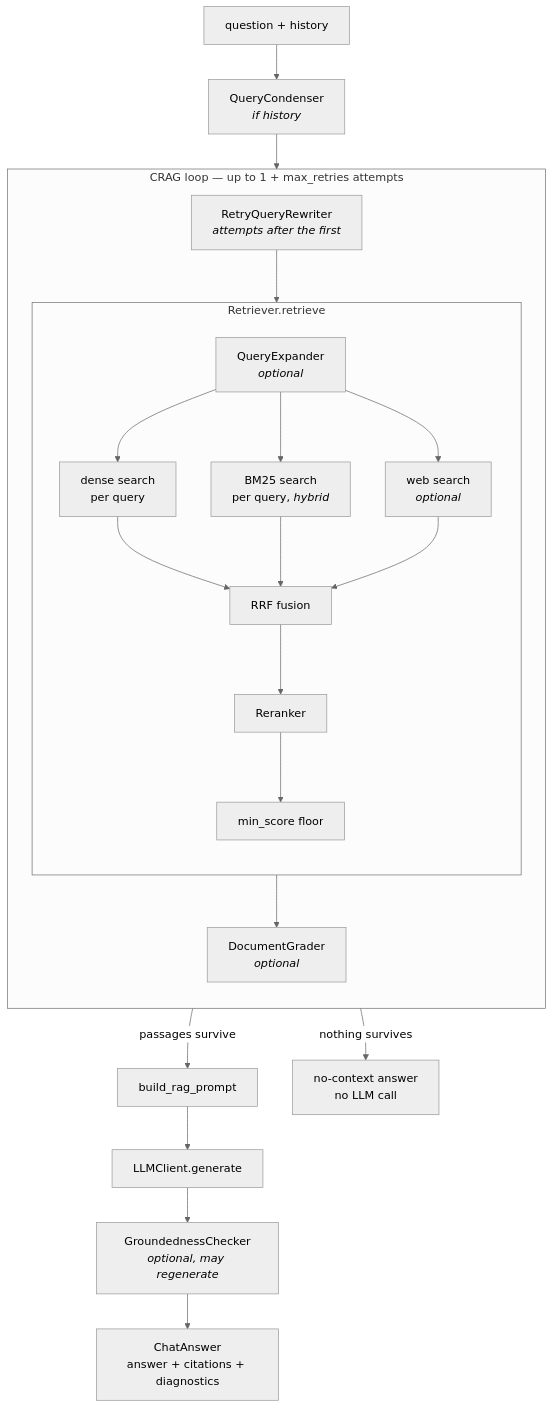
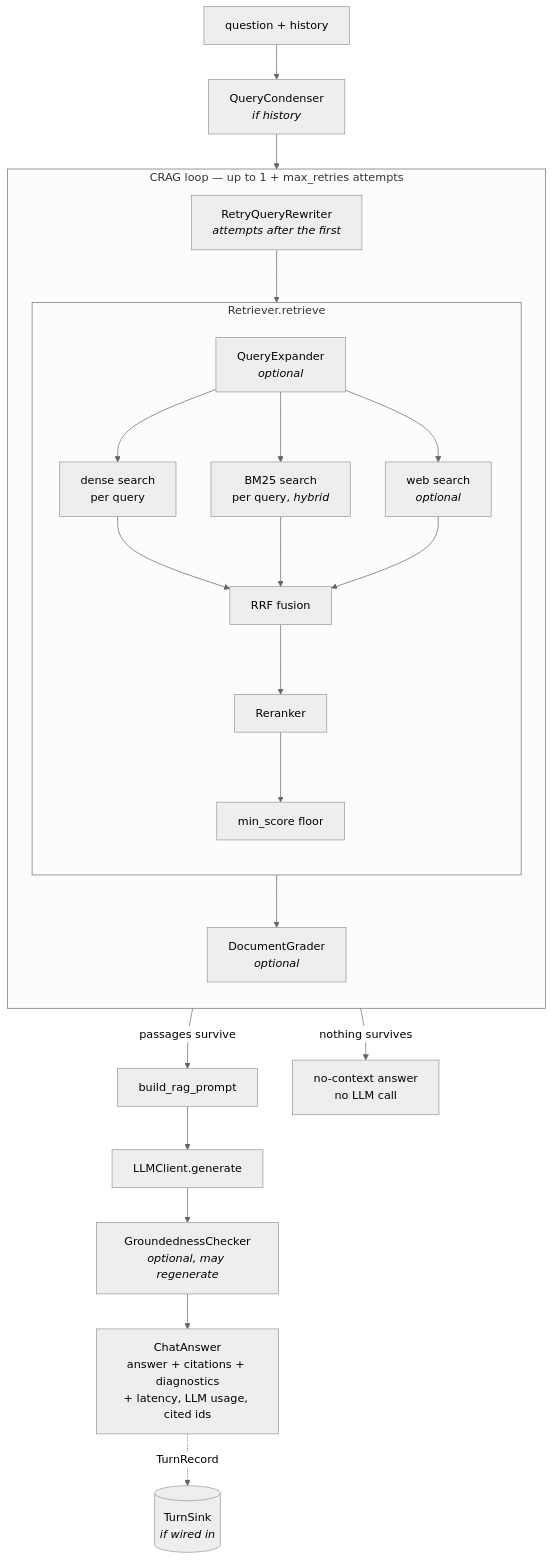
Before and after one commit to bwu1234/rag-toolkit: the second of 2 diagrams in docs/architecture.md, drawn with Mermaid (neutral theme). The commit also changed other lines of this file and 25 other files, not shown here.

First line of the commit message:
feat: Milestone 12 — per-turn observability, LLM usage, and feedback

````diff
--- a/docs/architecture.md
+++ b/docs/architecture.md
@@ -83,28 +83,29 @@
 ```mermaid
 flowchart TD
     Q[question + history] --> CD[QueryCondenser<br/><i>if history</i>]
     CD --> RL
 
     subgraph RL [CRAG loop — up to 1 + max_retries attempts]
         direction TB
         RW[RetryQueryRewriter<br/><i>attempts after the first</i>] --> R
         subgraph R [Retriever.retrieve]
             direction TB
             X[QueryExpander<br/><i>optional</i>] --> DS[dense search<br/>per query]
             X --> SS[BM25 search<br/>per query, <i>hybrid</i>]
             X --> WS[web search<br/><i>optional</i>]
             DS --> F[RRF fusion]
             SS --> F
             WS --> F
             F --> RR[Reranker]
             RR --> MS[min_score floor]
         end
         R --> GR[DocumentGrader<br/><i>optional</i>]
     end
 
     RL -- passages survive --> P[build_rag_prompt]
     RL -- nothing survives --> NC[no-context answer<br/>no LLM call]
     P --> G[LLMClient.generate]
     G --> GC[GroundednessChecker<br/><i>optional, may regenerate</i>]
-    GC --> A[ChatAnswer<br/>answer + citations + diagnostics]
+    GC --> A[ChatAnswer<br/>answer + citations + diagnostics<br/>+ latency, LLM usage, cited ids]
+    A -. TurnRecord .-> TS[(TurnSink<br/><i>if wired in</i>)]
 ```
````
